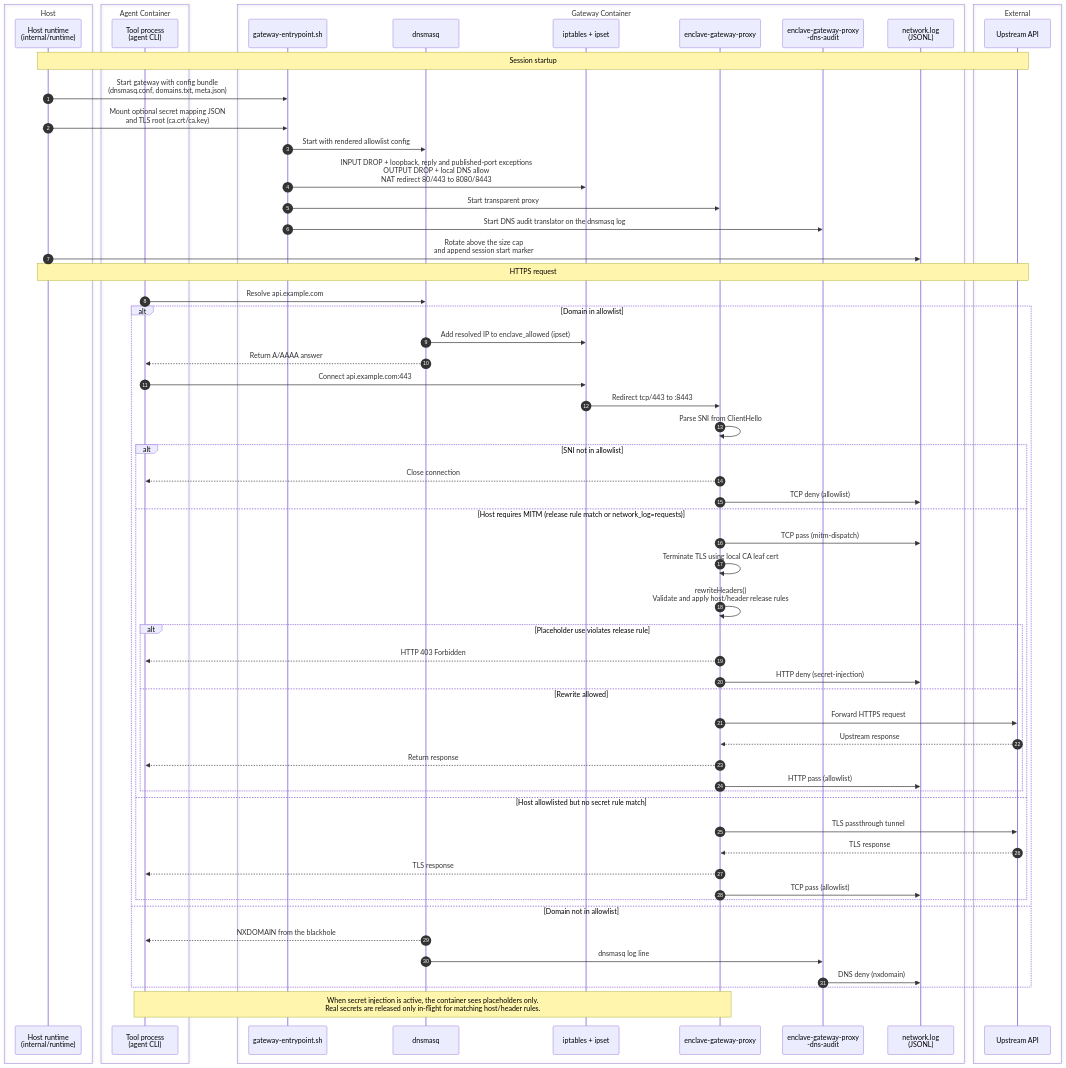
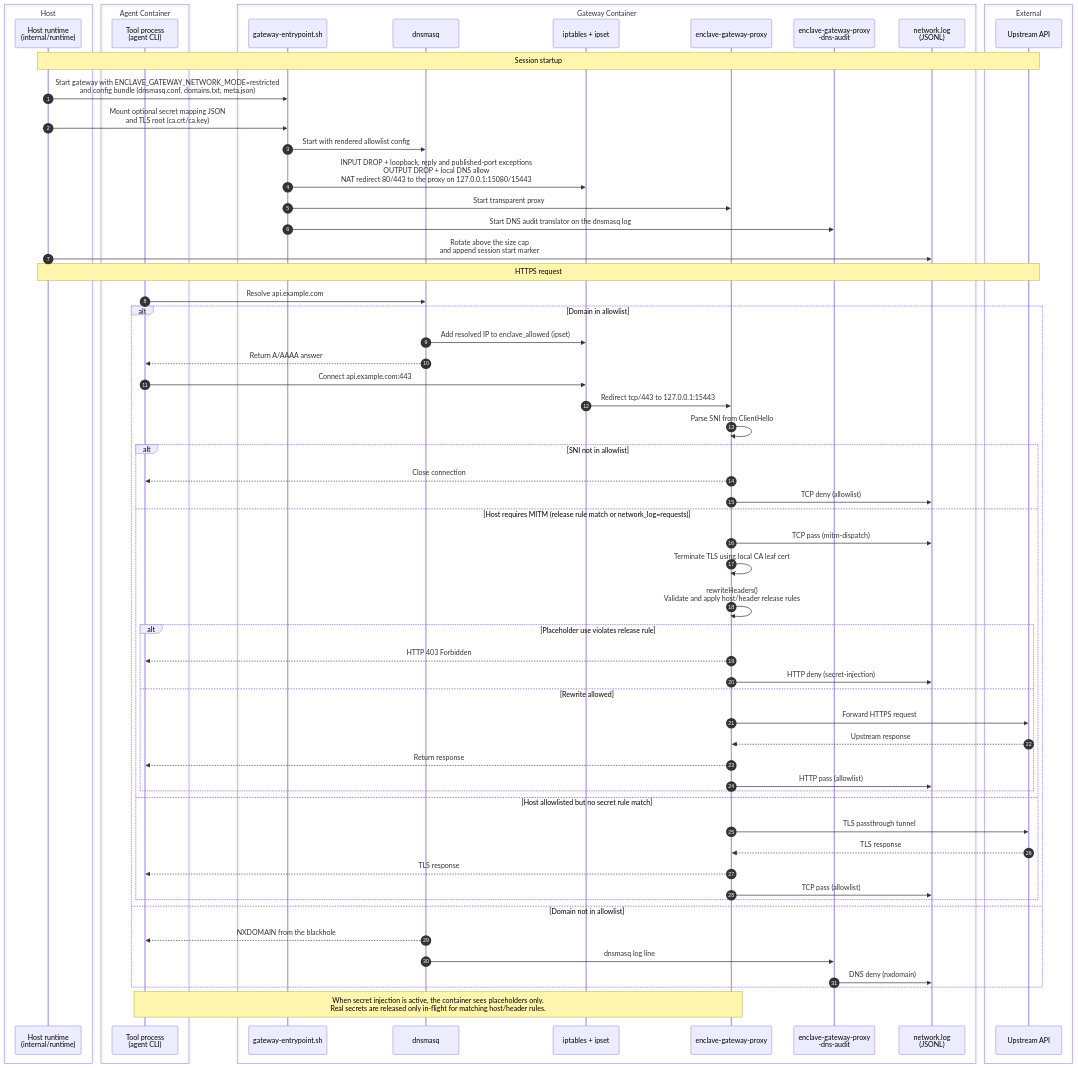
The first of 2 diagrams in docs/runtime/network-request-flow.md (eclipse-enclave/enclave), drawn with Mermaid before and after one commit. The commit also changed other lines of this file and 80 other files, not shown here.

````diff
--- a/docs/runtime/network-request-flow.md
+++ b/docs/runtime/network-request-flow.md
@@ -8,68 +8,68 @@
 ```mermaid
 sequenceDiagram
     autonumber
     box Host
         participant Host as Host runtime<br/>(internal/runtime)
     end
     box Agent Container
         participant Tool as Tool process<br/>(agent CLI)
     end
     box Gateway Container
         participant Entry as gateway-entrypoint.sh
         participant DNS as dnsmasq
         participant FW as iptables + ipset
         participant Proxy as enclave-gateway-proxy
         participant Audit as enclave-gateway-proxy<br/>-dns-audit
         participant Log as network.log<br/>(JSONL)
     end
     box External
         participant API as Upstream API
     end
 
     Note over Host,API: Session startup
-    Host->>Entry: Start gateway with config bundle<br/>(dnsmasq.conf, domains.txt, meta.json)
+    Host->>Entry: Start gateway with ENCLAVE_GATEWAY_NETWORK_MODE=restricted<br/>and config bundle (dnsmasq.conf, domains.txt, meta.json)
     Host->>Entry: Mount optional secret mapping JSON<br/>and TLS root (ca.crt/ca.key)
     Entry->>DNS: Start with rendered allowlist config
-    Entry->>FW: INPUT DROP + loopback, reply and published-port exceptions<br/>OUTPUT DROP + local DNS allow<br/>NAT redirect 80/443 to 8080/8443
+    Entry->>FW: INPUT DROP + loopback, reply and published-port exceptions<br/>OUTPUT DROP + local DNS allow<br/>NAT redirect 80/443 to the proxy on 127.0.0.1:15080/15443
     Entry->>Proxy: Start transparent proxy
     Entry->>Audit: Start DNS audit translator on the dnsmasq log
     Host->>Log: Rotate above the size cap<br/>and append session start marker
 
     Note over Host,API: HTTPS request
     Tool->>DNS: Resolve api.example.com
     alt Domain in allowlist
         DNS->>FW: Add resolved IP to enclave_allowed (ipset)
         DNS-->>Tool: Return A/AAAA answer
         Tool->>FW: Connect api.example.com:443
-        FW->>Proxy: Redirect tcp/443 to :8443
+        FW->>Proxy: Redirect tcp/443 to 127.0.0.1:15443
         Proxy->>Proxy: Parse SNI from ClientHello
         alt SNI not in allowlist
             Proxy-->>Tool: Close connection
             Proxy->>Log: TCP deny (allowlist)
         else Host requires MITM (release rule match or network_log=requests)
             Proxy->>Log: TCP pass (mitm-dispatch)
             Proxy->>Proxy: Terminate TLS using local CA leaf cert
             Proxy->>Proxy: rewriteHeaders()<br/>Validate and apply host/header release rules
             alt Placeholder use violates release rule
                 Proxy-->>Tool: HTTP 403 Forbidden
                 Proxy->>Log: HTTP deny (secret-injection)
             else Rewrite allowed
                 Proxy->>API: Forward HTTPS request
                 API-->>Proxy: Upstream response
                 Proxy-->>Tool: Return response
                 Proxy->>Log: HTTP pass (allowlist)
             end
         else Host allowlisted but no secret rule match
             Proxy->>API: TLS passthrough tunnel
             API-->>Proxy: TLS response
             Proxy-->>Tool: TLS response
             Proxy->>Log: TCP pass (allowlist)
         end
     else Domain not in allowlist
         DNS-->>Tool: NXDOMAIN from the blackhole
         DNS->>Audit: dnsmasq log line
         Audit->>Log: DNS deny (nxdomain)
     end
 
     Note over Tool,Proxy: When secret injection is active, the container sees placeholders only.<br/>Real secrets are released only in-flight for matching host/header rules.
 ```
````
